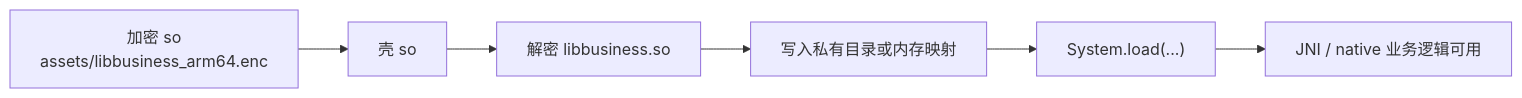
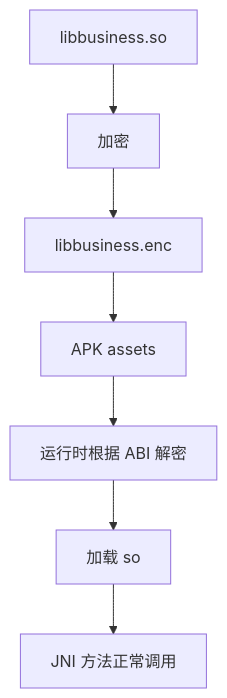
Before and after one commit to junyingzhao001/StudyNotes: the sixth of 12 diagrams in android插件相关/App加固详解.md, drawn with Mermaid. The commit also changed other lines of this file and 3 other files, not shown here.

````diff
--- a/android插件相关/App加固详解.md
+++ b/android插件相关/App加固详解.md
@@ -552,9 +564,9 @@
 ```mermaid
-flowchart LR
-  EncSo["加密 so
-assets/libbusiness_arm64.enc"] --> ShellSo["壳 so"]
-  ShellSo --> Decrypt["解密 libbusiness.so"]
-  Decrypt --> Store["写入私有目录或内存映射"]
-  Store --> Load["System.load(...)"]
-  Load --> JNI["JNI / native 业务逻辑可用"]
+flowchart TD
+    A["libbusiness.so"] --> B["加密"]
+    B --> C["libbusiness.enc"]
+    C --> D["APK assets"]
+    D --> E["运行时根据 ABI 解密"]
+    E --> F["加载 so"]
+    F --> G["JNI 方法正常调用"]
 ```
````
